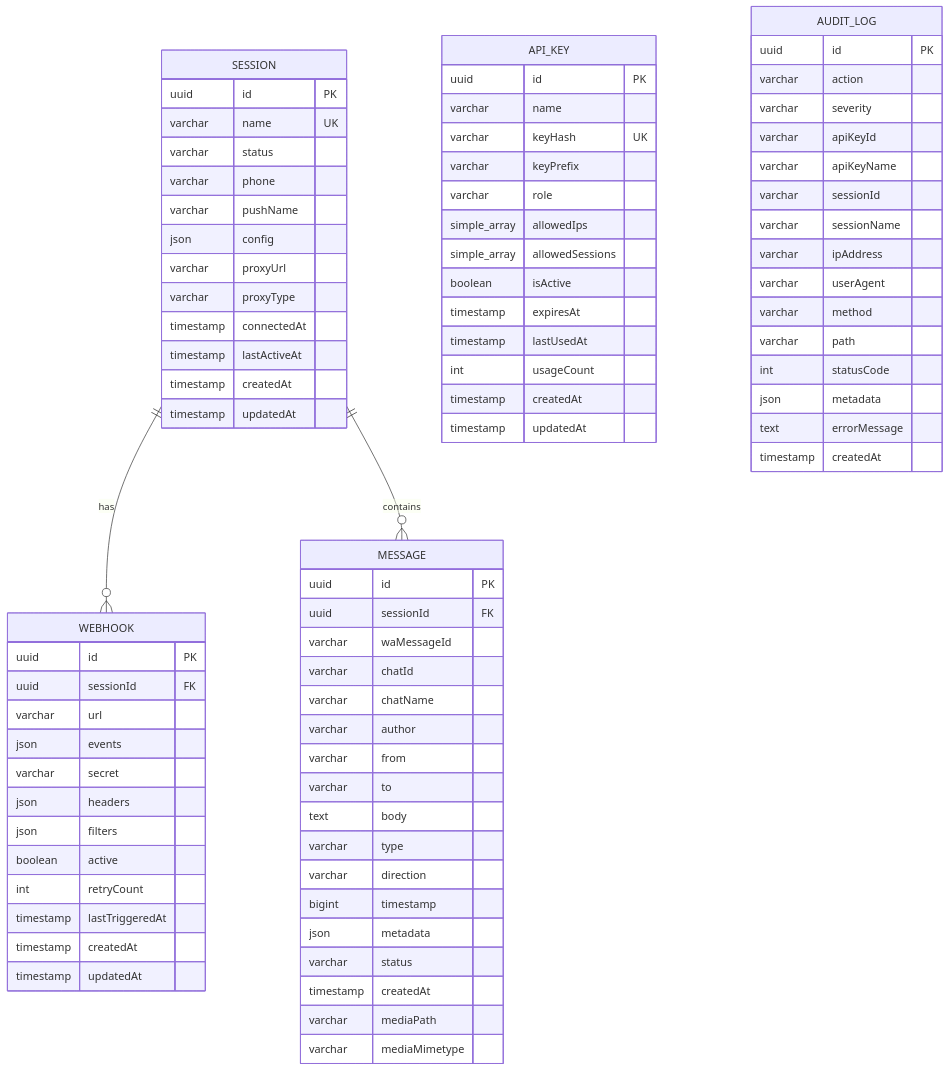
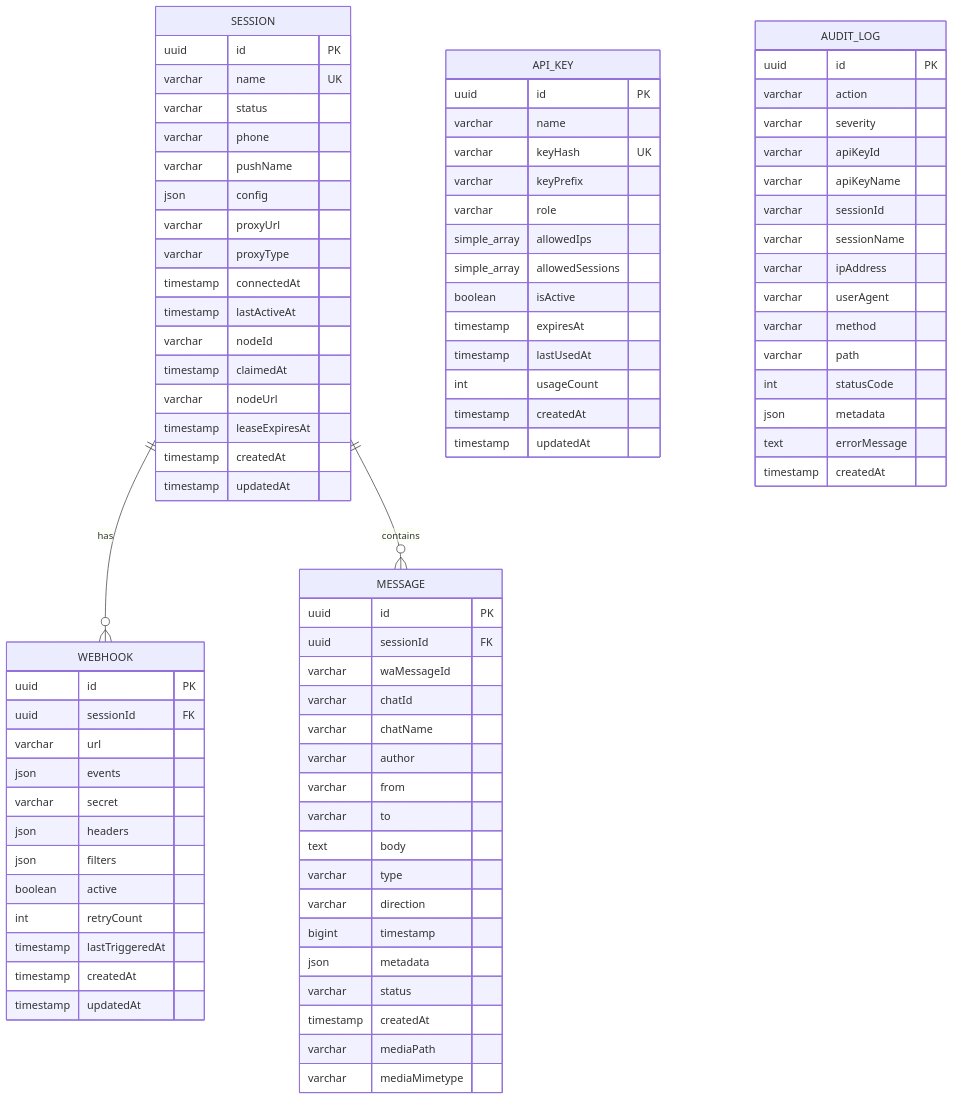
The first of 5 diagrams in docs/05-database-design.md (nourayman21k/OpenWA), drawn with Mermaid before and after one commit. The commit also changed other lines of this file and 13 other files, not shown here.

```diff
--- a/docs/05-database-design.md
+++ b/docs/05-database-design.md
@@ -188,6 +188,10 @@
         varchar proxyType
         timestamp connectedAt
         timestamp lastActiveAt
+        varchar nodeId
+        timestamp claimedAt
+        varchar nodeUrl
+        timestamp leaseExpiresAt
         timestamp createdAt
         timestamp updatedAt
     }
```
